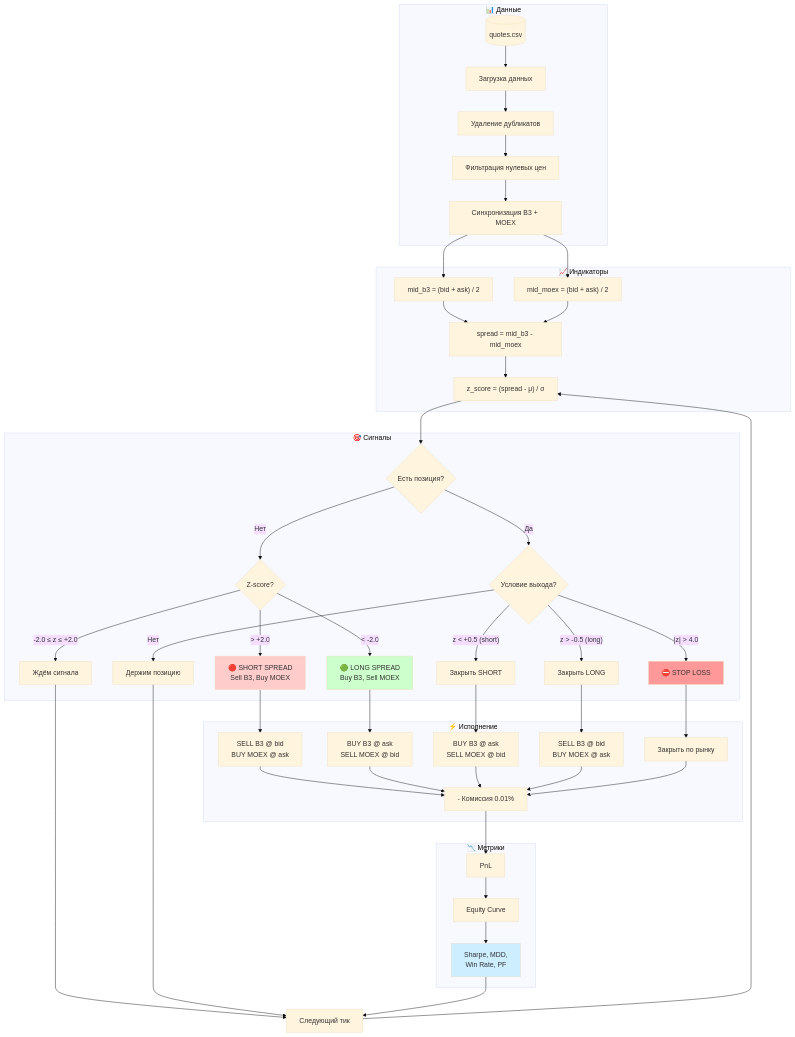
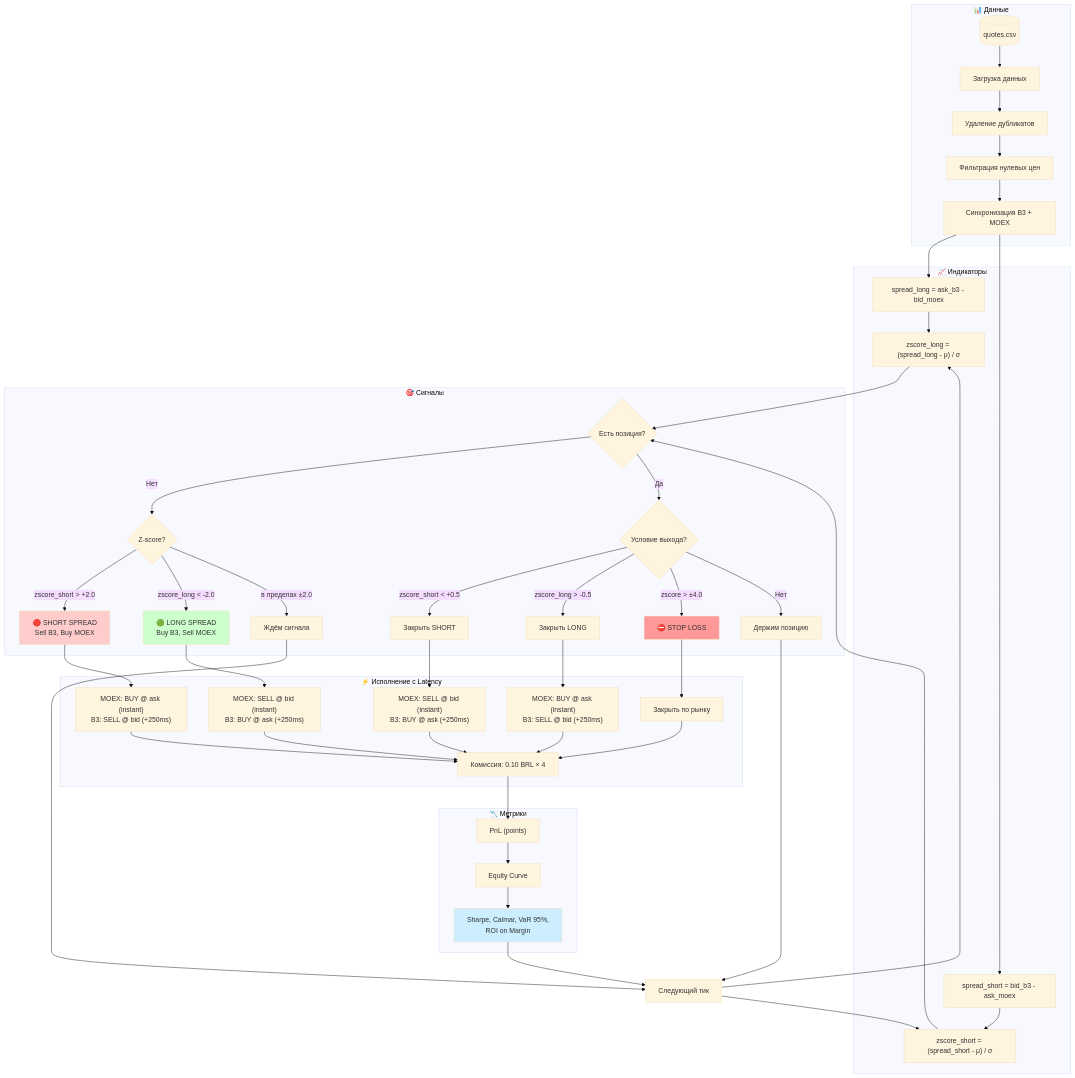
The first of 3 diagrams in task3-gold-arbitrage/strategy.md (4sm-ops/algo-test-task-01), drawn with Mermaid (base theme) before and after one commit. The commit also changed other lines of this file, not shown here.

Commit message:
task-03 - updated mermaid diagrams

````diff
--- a/task3-gold-arbitrage/strategy.md
+++ b/task3-gold-arbitrage/strategy.md
@@ -358,62 +358,63 @@
 ```mermaid
 flowchart TD
     subgraph DATA["📊 Данные"]
         CSV[(quotes.csv)] --> LOAD[Загрузка данных]
         LOAD --> DEDUP[Удаление дубликатов]
         DEDUP --> FILTER[Фильтрация нулевых цен]
         FILTER --> SYNC[Синхронизация B3 + MOEX]
     end
 
     subgraph INDICATORS["📈 Индикаторы"]
-        SYNC --> MID_B3["mid_b3 = (bid + ask) / 2"]
-        SYNC --> MID_MOEX["mid_moex = (bid + ask) / 2"]
-        MID_B3 --> SPREAD["spread = mid_b3 - mid_moex"]
-        MID_MOEX --> SPREAD
-        SPREAD --> ZSCORE["z_score = (spread - μ) / σ"]
+        SYNC --> SPREAD_LONG["spread_long = ask_b3 - bid_moex"]
+        SYNC --> SPREAD_SHORT["spread_short = bid_b3 - ask_moex"]
+        SPREAD_LONG --> ZSCORE_LONG["zscore_long = (spread_long - μ) / σ"]
+        SPREAD_SHORT --> ZSCORE_SHORT["zscore_short = (spread_short - μ) / σ"]
     end
 
     subgraph SIGNALS["🎯 Сигналы"]
-        ZSCORE --> CHECK_POS{Есть позиция?}
+        ZSCORE_LONG --> CHECK_POS{Есть позиция?}
+        ZSCORE_SHORT --> CHECK_POS
 
         CHECK_POS -->|Нет| ENTRY_CHECK{Z-score?}
-        ENTRY_CHECK -->|"> +2.0"| SHORT_SPREAD["🔴 SHORT SPREAD<br/>Sell B3, Buy MOEX"]
-        ENTRY_CHECK -->|"< -2.0"| LONG_SPREAD["🟢 LONG SPREAD<br/>Buy B3, Sell MOEX"]
-        ENTRY_CHECK -->|"-2.0 ≤ z ≤ +2.0"| NO_ACTION[Ждём сигнала]
+        ENTRY_CHECK -->|"zscore_short > +2.0"| SHORT_SPREAD["🔴 SHORT SPREAD<br/>Sell B3, Buy MOEX"]
+        ENTRY_CHECK -->|"zscore_long < -2.0"| LONG_SPREAD["🟢 LONG SPREAD<br/>Buy B3, Sell MOEX"]
+        ENTRY_CHECK -->|"в пределах ±2.0"| NO_ACTION[Ждём сигнала]
 
         CHECK_POS -->|Да| EXIT_CHECK{Условие выхода?}
-        EXIT_CHECK -->|"z < +0.5 (short)"| CLOSE_SHORT["Закрыть SHORT"]
-        EXIT_CHECK -->|"z > -0.5 (long)"| CLOSE_LONG["Закрыть LONG"]
-        EXIT_CHECK -->|"|z| > 4.0"| STOP_LOSS["⛔ STOP LOSS"]
+        EXIT_CHECK -->|"zscore_short < +0.5"| CLOSE_SHORT["Закрыть SHORT"]
+        EXIT_CHECK -->|"zscore_long > -0.5"| CLOSE_LONG["Закрыть LONG"]
+        EXIT_CHECK -->|"zscore > ±4.0"| STOP_LOSS["⛔ STOP LOSS"]
         EXIT_CHECK -->|Нет| HOLD[Держим позицию]
     end
 
-    subgraph EXECUTION["⚡ Исполнение"]
-        SHORT_SPREAD --> EXEC_SHORT["SELL B3 @ bid<br/>BUY MOEX @ ask"]
-        LONG_SPREAD --> EXEC_LONG["BUY B3 @ ask<br/>SELL MOEX @ bid"]
-        CLOSE_SHORT --> EXEC_CLOSE_S["BUY B3 @ ask<br/>SELL MOEX @ bid"]
-        CLOSE_LONG --> EXEC_CLOSE_L["SELL B3 @ bid<br/>BUY MOEX @ ask"]
+    subgraph EXECUTION["⚡ Исполнение с Latency"]
+        SHORT_SPREAD --> EXEC_SHORT["MOEX: BUY @ ask (instant)<br/>B3: SELL @ bid (+250ms)"]
+        LONG_SPREAD --> EXEC_LONG["MOEX: SELL @ bid (instant)<br/>B3: BUY @ ask (+250ms)"]
+        CLOSE_SHORT --> EXEC_CLOSE_S["MOEX: SELL @ bid (instant)<br/>B3: BUY @ ask (+250ms)"]
+        CLOSE_LONG --> EXEC_CLOSE_L["MOEX: BUY @ ask (instant)<br/>B3: SELL @ bid (+250ms)"]
         STOP_LOSS --> EXEC_STOP["Закрыть по рынку"]
 
-        EXEC_SHORT --> COMMISSION["- Комиссия 0.01%"]
+        EXEC_SHORT --> COMMISSION["Комиссия: 0.10 BRL × 4"]
         EXEC_LONG --> COMMISSION
         EXEC_CLOSE_S --> COMMISSION
         EXEC_CLOSE_L --> COMMISSION
         EXEC_STOP --> COMMISSION
     end
 
     subgraph METRICS["📉 Метрики"]
-        COMMISSION --> PNL["PnL"]
+        COMMISSION --> PNL["PnL (points)"]
         PNL --> EQUITY["Equity Curve"]
-        EQUITY --> RESULTS["Sharpe, MDD,<br/>Win Rate, PF"]
+        EQUITY --> RESULTS["Sharpe, Calmar, VaR 95%,<br/>ROI on Margin"]
     end
 
     NO_ACTION --> NEXT[Следующий тик]
     HOLD --> NEXT
     RESULTS --> NEXT
-    NEXT --> ZSCORE
+    NEXT --> ZSCORE_LONG
+    NEXT --> ZSCORE_SHORT
 
     style SHORT_SPREAD fill:#ffcccc
     style LONG_SPREAD fill:#ccffcc
     style STOP_LOSS fill:#ff9999
     style RESULTS fill:#cceeff
 ```
````
